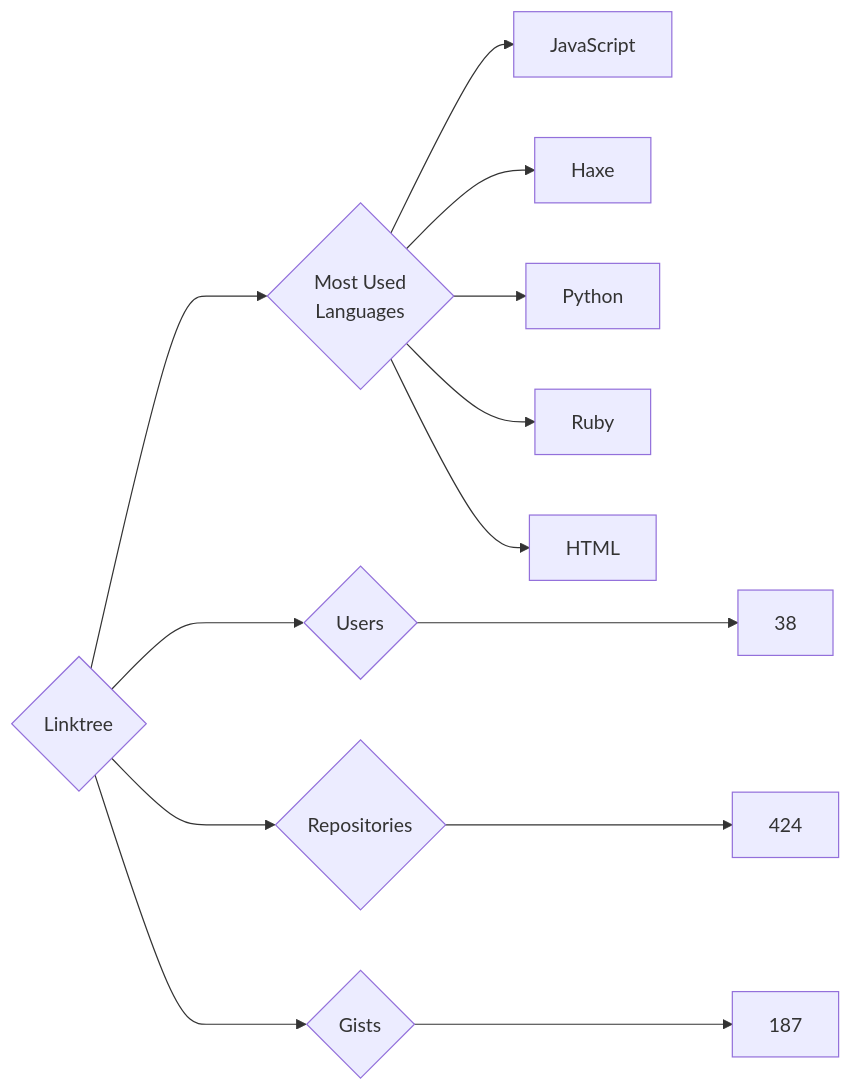
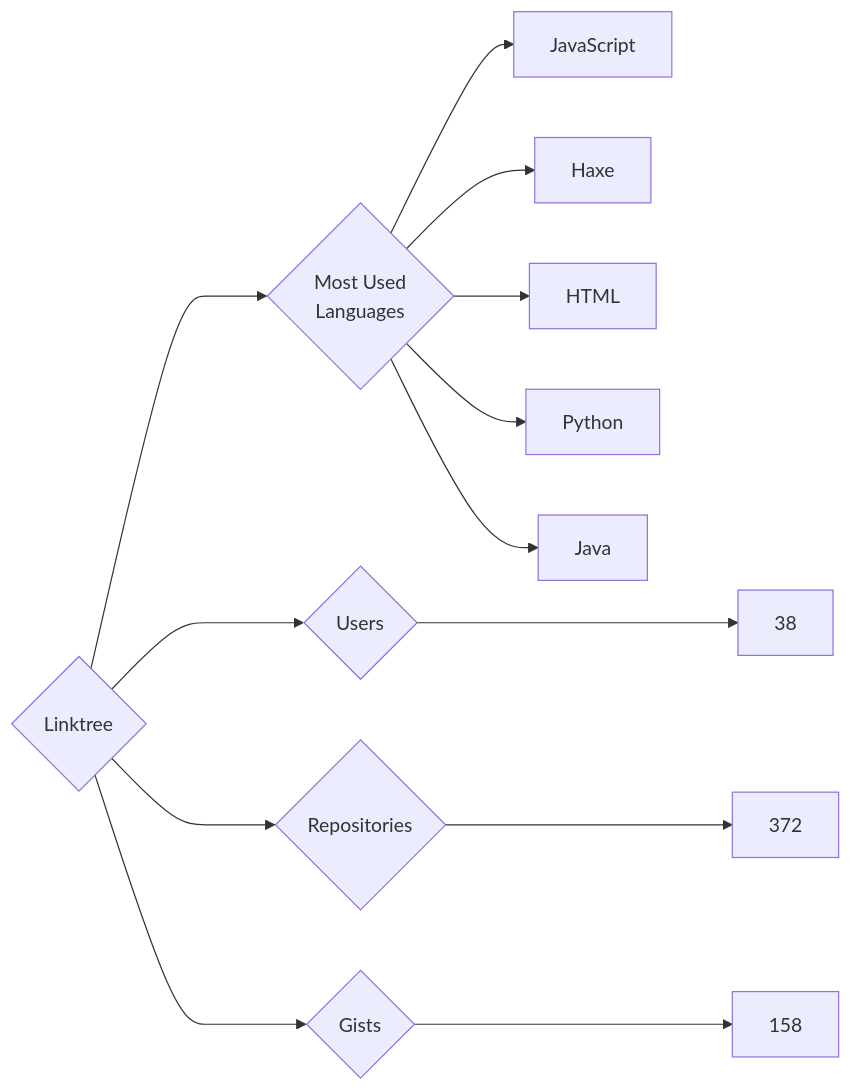
Before and after one commit to trickest/insiders: the diagram in targets/Linktree/README.md, drawn with Mermaid. The commit also changed 787 other files, not shown here.

````diff
--- a/targets/Linktree/README.md
+++ b/targets/Linktree/README.md
@@ -3,13 +3,13 @@
 ```mermaid
 graph LR
 COMPANY_NAME{Linktree}
 COMPANY_NAME ---> U{Users} ---> UN[38]
-COMPANY_NAME ---> R{Repositories} ---> RN[424]
-COMPANY_NAME ---> G{Gists} ---> GN[187]
+COMPANY_NAME ---> R{Repositories} ---> RN[372]
+COMPANY_NAME ---> G{Gists} ---> GN[158]
 COMPANY_NAME ---> ML{Most Used<br>Languages}
 ML --> JavaScript[JavaScript]
 ML --> Haxe[Haxe]
+ML --> HTML[HTML]
 ML --> Python[Python]
-ML --> Ruby[Ruby]
-ML --> HTML[HTML]
+ML --> Java[Java]
 ```
````
